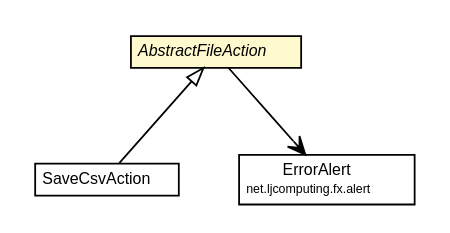
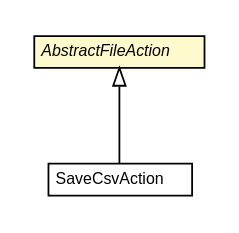
The diagram in net.ljcomputing.status-reporter-2/docs/javadoc/apidocs/net/ljcomputing/sr/fx/action/AbstractFileAction.dot (willmorejg/net.ljcomputing.sr2), drawn with Graphviz before and after one commit. The commit also changed 373 other files, not shown here.

```diff
--- a/net.ljcomputing.status-reporter-2/docs/javadoc/apidocs/net/ljcomputing/sr/fx/action/AbstractFileAction.dot
+++ b/net.ljcomputing.status-reporter-2/docs/javadoc/apidocs/net/ljcomputing/sr/fx/action/AbstractFileAction.dot
@@ -1,35 +1,26 @@
 #!/usr/local/bin/dot
 #
 # Class diagram 
 # Generated by UMLGraph version R5_6 (http://www.umlgraph.org/)
 #
 
 digraph G {
 	edge [fontname="Helvetica",fontsize=10,labelfontname="Helvetica",labelfontsize=10];
 	node [fontname="Helvetica",fontsize=10,shape=plaintext];
 	nodesep=0.25;
 	ranksep=0.5;
 	// net.ljcomputing.sr.fx.action.AbstractFileAction
-	c529 [label=<<table title="net.ljcomputing.sr.fx.action.AbstractFileAction" border="0" cellborder="1" cellspacing="0" cellpadding="2" port="p" bgcolor="lemonChiffon" href="./AbstractFileAction.html">
+	c514 [label=<<table title="net.ljcomputing.sr.fx.action.AbstractFileAction" border="0" cellborder="1" cellspacing="0" cellpadding="2" port="p" bgcolor="lemonChiffon" href="./AbstractFileAction.html">
 		<tr><td><table border="0" cellspacing="0" cellpadding="1">
 <tr><td align="center" balign="center"><font face="Helvetica-Oblique"> AbstractFileAction </font></td></tr>
 		</table></td></tr>
 		</table>>, URL="./AbstractFileAction.html", fontname="Helvetica", fontcolor="black", fontsize=9.0];
 	// net.ljcomputing.sr.fx.action.SaveCsvAction
-	c530 [label=<<table title="net.ljcomputing.sr.fx.action.SaveCsvAction" border="0" cellborder="1" cellspacing="0" cellpadding="2" port="p" href="./SaveCsvAction.html">
+	c515 [label=<<table title="net.ljcomputing.sr.fx.action.SaveCsvAction" border="0" cellborder="1" cellspacing="0" cellpadding="2" port="p" href="./SaveCsvAction.html">
 		<tr><td><table border="0" cellspacing="0" cellpadding="1">
 <tr><td align="center" balign="center"> SaveCsvAction </td></tr>
 		</table></td></tr>
 		</table>>, URL="./SaveCsvAction.html", fontname="Helvetica", fontcolor="black", fontsize=9.0];
 	//net.ljcomputing.sr.fx.action.SaveCsvAction extends net.ljcomputing.sr.fx.action.AbstractFileAction
-	c529:p -> c530:p [dir=back,arrowtail=empty];
-	// net.ljcomputing.sr.fx.action.AbstractFileAction NAVASSOC net.ljcomputing.fx.alert.ErrorAlert
-	c529:p -> c543:p [taillabel="", label="", headlabel="", fontname="Helvetica", fontcolor="black", fontsize=10.0, color="black", arrowhead=open];
-	// net.ljcomputing.fx.alert.ErrorAlert
-	c543 [label=<<table title="net.ljcomputing.fx.alert.ErrorAlert" border="0" cellborder="1" cellspacing="0" cellpadding="2" port="p">
-		<tr><td><table border="0" cellspacing="0" cellpadding="1">
-<tr><td align="center" balign="center"> ErrorAlert </td></tr>
-<tr><td align="center" balign="center"><font point-size="7.0"> net.ljcomputing.fx.alert </font></td></tr>
-		</table></td></tr>
-		</table>>, URL="null", fontname="Helvetica", fontcolor="black", fontsize=9.0];
+	c514:p -> c515:p [dir=back,arrowtail=empty];
 }
```
